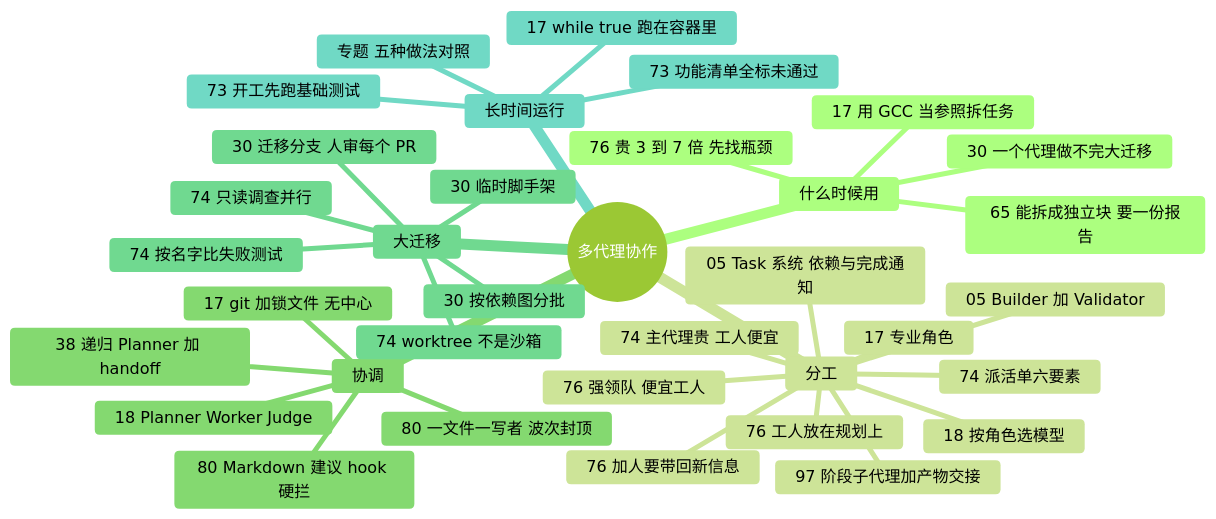
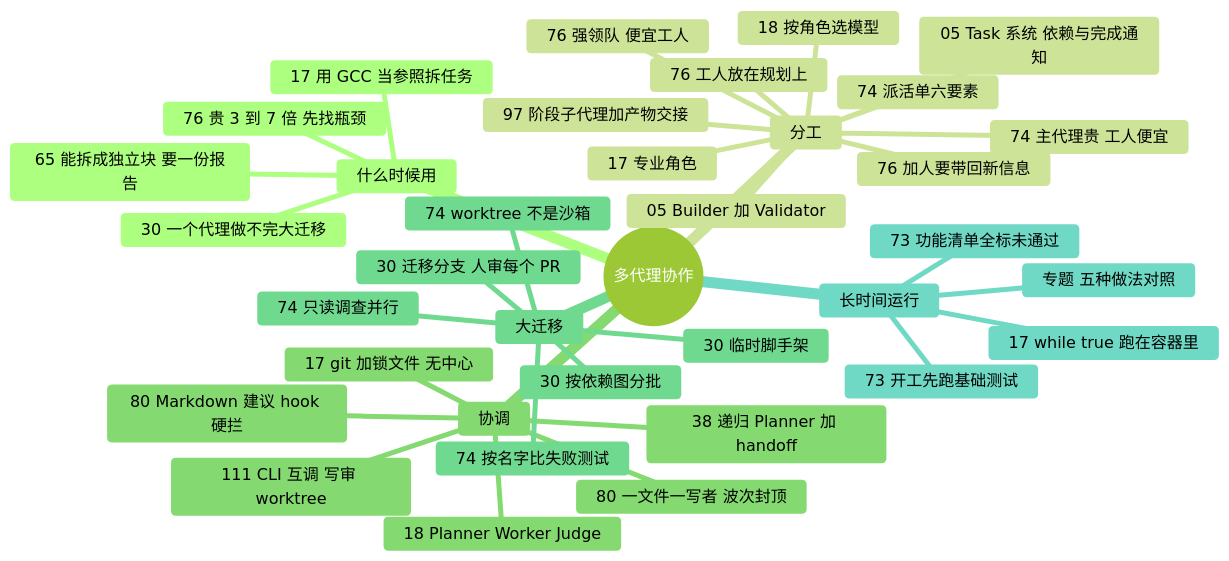
The diagram in docs/guide/multi.md (yzw7489757/ai-coding-videos), drawn with Mermaid (forest theme) before and after one commit. The commit also changed other lines of this file and 17 other files, not shown here.

First line of the commit message:
第二十批收录 #111–#114：CLI 协作、三工具 Worktree、沙箱信任、部署自主性

````diff
--- a/docs/guide/multi.md
+++ b/docs/guide/multi.md
@@ -15,38 +15,39 @@
 ```mermaid
 mindmap
   root((多代理协作))
     什么时候用
       65 能拆成独立块 要一份报告
       17 用 GCC 当参照拆任务
       30 一个代理做不完大迁移
       76 贵 3 到 7 倍 先找瓶颈
     分工
       97 阶段子代理加产物交接
       05 Builder 加 Validator
       05 Task 系统 依赖与完成通知
       17 专业角色
       18 按角色选模型
       74 主代理贵 工人便宜
       74 派活单六要素
       76 工人放在规划上
       76 强领队 便宜工人
       76 加人要带回新信息
     协调
       17 git 加锁文件 无中心
       18 Planner Worker Judge
       38 递归 Planner 加 handoff
       80 Markdown 建议 hook 硬拦
       80 一文件一写者 波次封顶
+      111 CLI 互调 写审 worktree
     大迁移
       30 迁移分支 人审每个 PR
       30 按依赖图分批
       30 临时脚手架
       74 按名字比失败测试
       74 只读调查并行
       74 worktree 不是沙箱
     长时间运行
       17 while true 跑在容器里
       73 功能清单全标未通过
       73 开工先跑基础测试
       专题 五种做法对照
 ```
````
